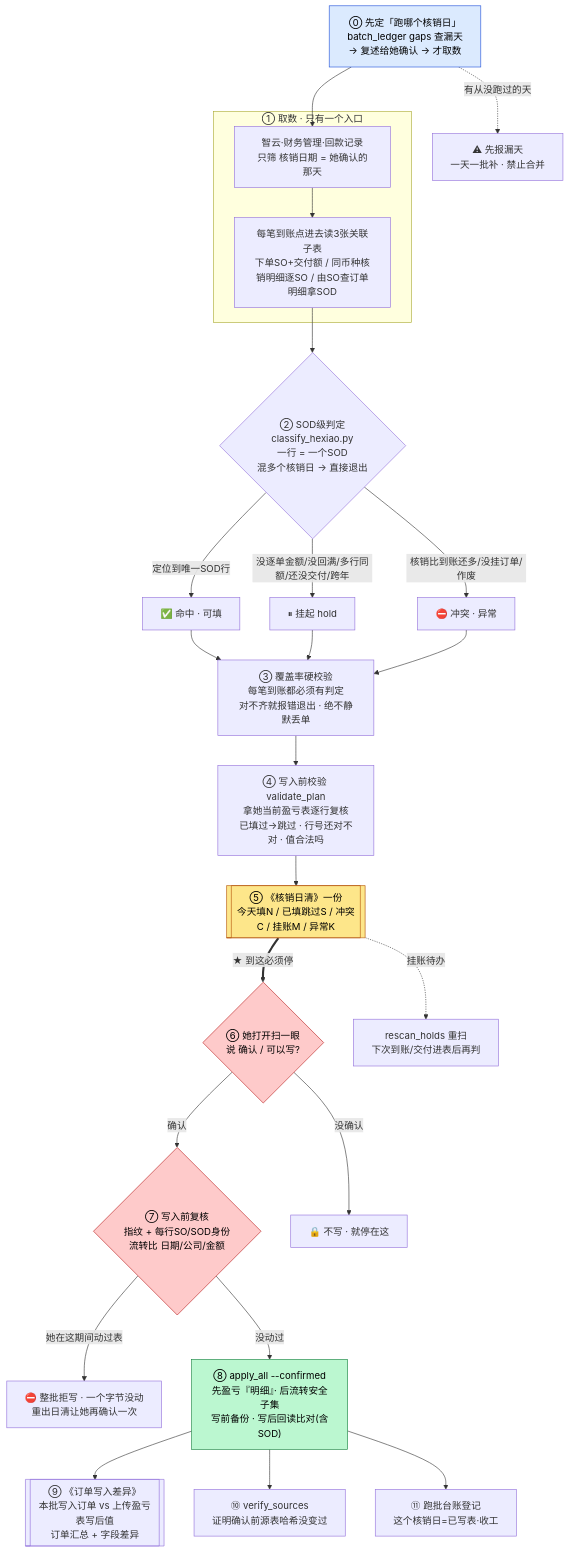
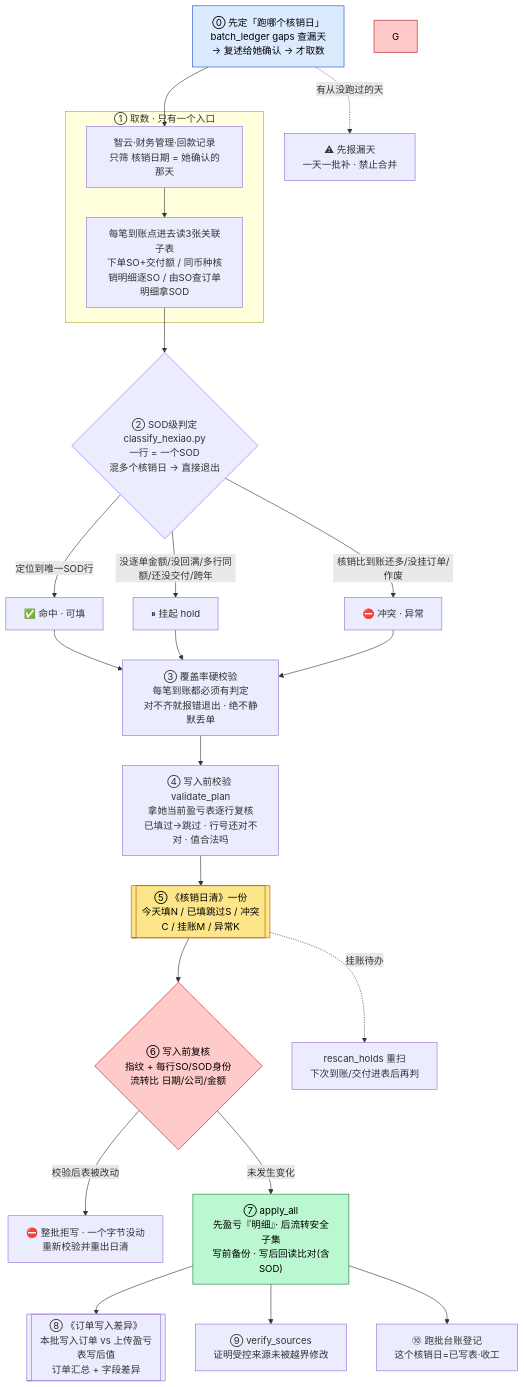
Before and after one commit to EvanLee2004/finance-skills: the first of 2 diagrams in skills/ar-hexiao-daily/README.md, drawn with Mermaid. The commit also changed other lines of this file and 19 other files, not shown here.

````diff
--- a/skills/ar-hexiao-daily/README.md
+++ b/skills/ar-hexiao-daily/README.md
@@ -56,32 +56,30 @@
 ```mermaid
 flowchart TD
     D0["⓪ 先定「跑哪个核销日」<br/>batch_ledger gaps 查漏天<br/>→ 复述给她确认 → 才取数"] --> A
     D0 -.->|"有从没跑过的天"| GAP["⚠ 先报漏天<br/>一天一批补 · 禁止合并"]
     subgraph 取数["① 取数 · 只有一个入口"]
         A["智云·财务管理·回款记录<br/>只筛 核销日期 = 她确认的那天"] --> B["每笔到账点进去读3张关联子表<br/>下单SO+交付额 / 同币种核销明细逐SO / 由SO查订单明细拿SOD"]
     end
     B --> C{"② SOD级判定<br/>classify_hexiao.py<br/>一行 = 一个SOD<br/>混多个核销日 → 直接退出"}
     C -->|"定位到唯一SOD行"| HIT["✅ 命中 · 可填"]
     C -->|"没逐单金额/没回满/多行同额/还没交付/跨年"| HOLD["⏸ 挂起 hold"]
     C -->|"核销比到账还多/没挂订单/作废"| EXC["⛔ 冲突 · 异常"]
     HIT --> COV
     HOLD --> COV
     EXC --> COV
     COV["③ 覆盖率硬校验<br/>每笔到账都必须有判定<br/>对不齐就报错退出 · 绝不静默丢单"] --> V["④ 写入前校验 validate_plan<br/>拿她当前盈亏表逐行复核<br/>已填过→跳过 · 行号还对不对 · 值合法吗"]
     V --> W[["⑤ 《核销日清》一份<br/>今天填N / 已填跳过S / 冲突C / 挂账M / 异常K"]]
-    W ==>|"★ 到这必须停"| G{"⑥ 她打开扫一眼<br/>说 确认 / 可以写?"}
-    G -->|"确认"| PRE{"⑦ 写入前复核<br/>指纹 + 每行SO/SOD身份<br/>流转比 日期/公司/金额"}
-    G -->|"没确认"| STOP["🔒 不写 · 就停在这"]
-    PRE -->|"她在这期间动过表"| REDO["⛔ 整批拒写 · 一个字节没动<br/>重出日清让她再确认一次"]
-    PRE -->|"没动过"| AP["⑧ apply_all --confirmed<br/>先盈亏『明细』· 后流转安全子集<br/>写前备份 · 写后回读比对(含SOD)"]
-    AP --> DIFF[["⑨ 《订单写入差异》<br/>本批写入订单 vs 上传盈亏表写后值<br/>订单汇总 + 字段差异"]]
-    AP --> VS["⑩ verify_sources<br/>证明确认前源表哈希没变过"]
-    AP --> BL["⑪ 跑批台账登记<br/>这个核销日=已写表·收工"]
+    W --> PRE{"⑥ 写入前复核<br/>指纹 + 每行SO/SOD身份<br/>流转比 日期/公司/金额"}
+    PRE -->|"校验后表被改动"| REDO["⛔ 整批拒写 · 一个字节没动<br/>重新校验并重出日清"]
+    PRE -->|"未发生变化"| AP["⑦ apply_all<br/>先盈亏『明细』· 后流转安全子集<br/>写前备份 · 写后回读比对(含SOD)"]
+    AP --> DIFF[["⑧ 《订单写入差异》<br/>本批写入订单 vs 上传盈亏表写后值<br/>订单汇总 + 字段差异"]]
+    AP --> VS["⑨ verify_sources<br/>证明受控来源未被越界修改"]
+    AP --> BL["⑩ 跑批台账登记<br/>这个核销日=已写表·收工"]
     W -.->|"挂账待办"| R["rescan_holds 重扫<br/>下次到账/交付进表后再判"]
 
     style D0 fill:#dbeafe,stroke:#1d4ed8,color:#000
     style W fill:#fde68a,stroke:#b45309,color:#000
     style G fill:#fecaca,stroke:#b91c1c,color:#000
     style PRE fill:#fecaca,stroke:#b91c1c,color:#000
     style AP fill:#bbf7d0,stroke:#15803d,color:#000
 ```
````
